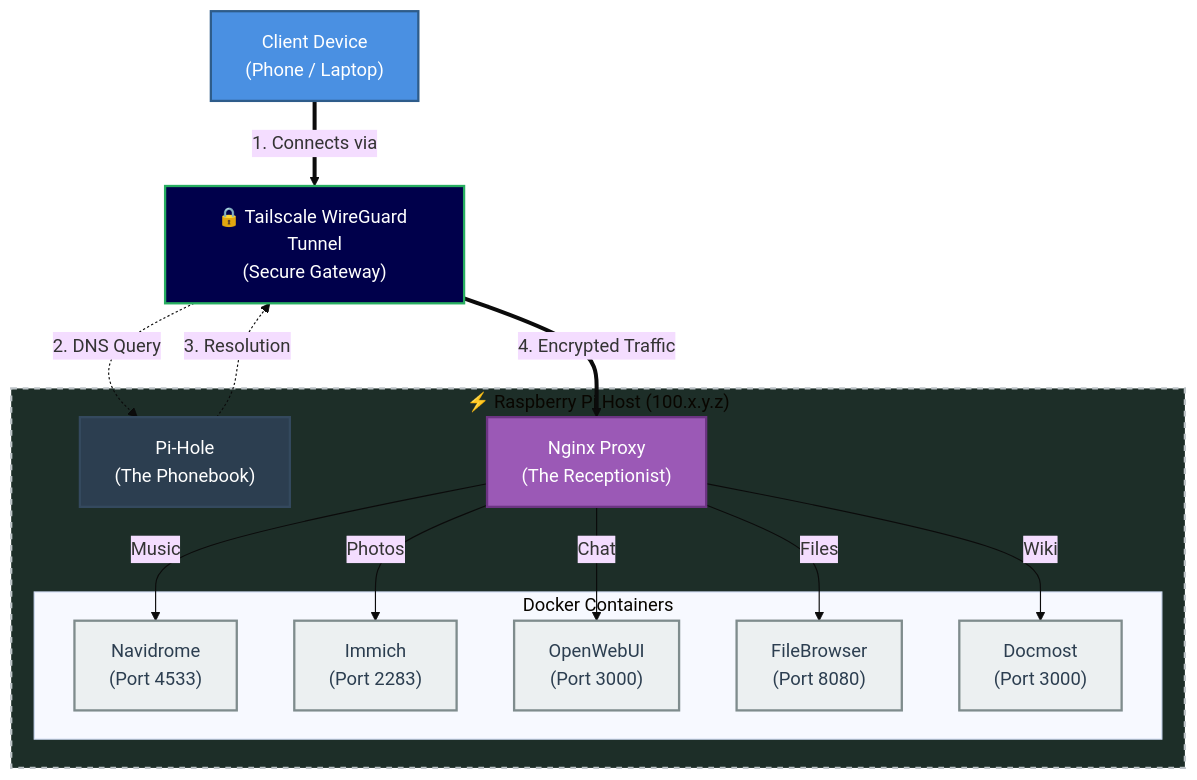
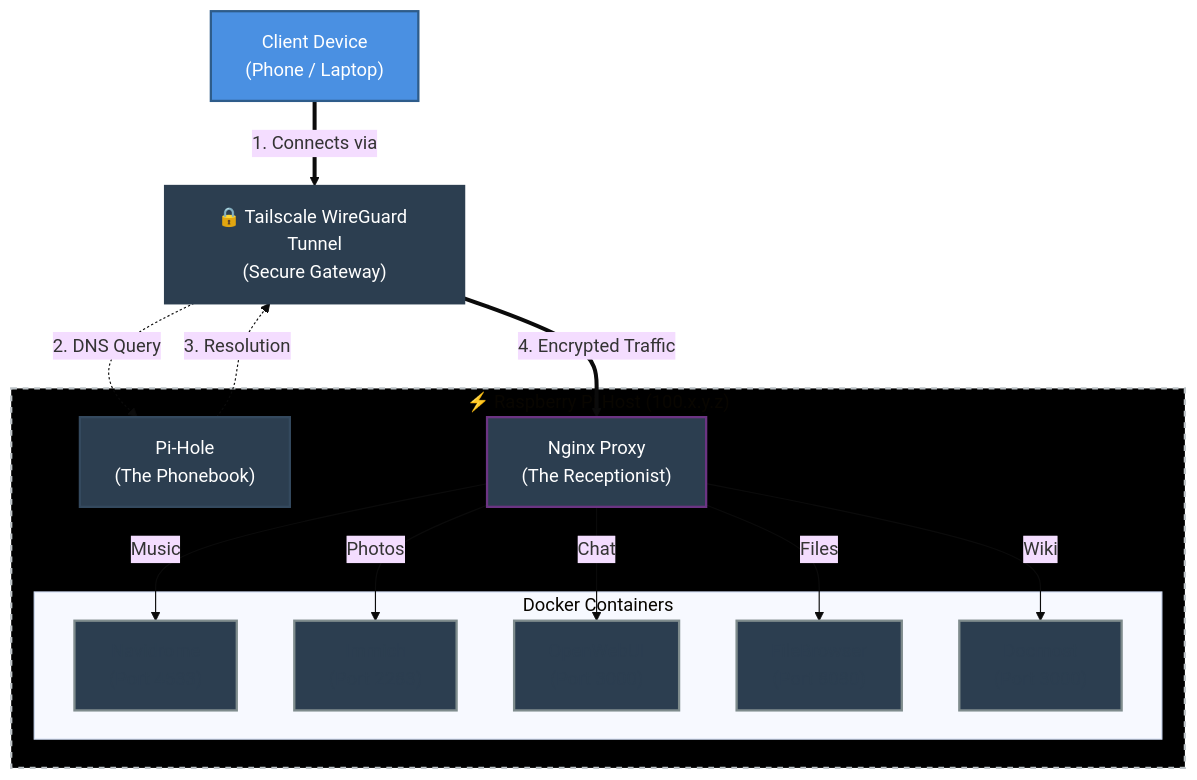
Before and after one commit to spaceadler/homelab: the diagram in README.md, drawn with Mermaid (base theme).

````diff
--- a/README.md
+++ b/README.md
@@ -55,52 +55,52 @@
 ```mermaid
 graph TD
     %% STYLING
     classDef client fill:#4A90E2,stroke:#2E5C8A,stroke-width:2px,color:#fff;
     classDef dns fill:#2C3E50,stroke:#34495E,stroke-width:2px,color:#fff;
-    classDef proxy fill:#9B59B6,stroke:#6C3483,stroke-width:2px,color:#fff;
-    classDef service fill:#ECF0F1,stroke:#7F8C8D,stroke-width:2px,color:#2C3E50;
-    classDef vpn fill:#00004B,stroke:#27AE60,stroke-width:2px,color:#fff; 
-    classDef host fill:#1D2E28,stroke:#BDC3C7,stroke-width:2px,stroke-dasharray: 5 5;
+    classDef proxy fill:#2C3E50,stroke:#6C3483,stroke-width:2px,color:#fff;
+    classDef service fill:#2C3E50,stroke:#7F8C8D,stroke-width:2px,color:#2C3E50;
+    classDef vpn fill:#2C3E50,stroke:#2C3E50,stroke-width:2px,color:#fff; 
+    classDef host fill:#000000,stroke:#BDC3C7,stroke-width:2px,stroke-dasharray: 5 5;
 
     %% NODES
     User["Client Device<br/>(Phone / Laptop)"]:::client
     
     %% THE VPN TUNNEL (The Box the phone goes through)
     VPN["🔒 Tailscale WireGuard Tunnel<br/>(Secure Gateway)"]:::vpn
 
     subgraph Host [" ⚡ Raspberry Pi Host (100.x.y.z) "]
         
         PiHole["Pi-Hole<br/>(The Phonebook)"]:::dns
         Nginx["Nginx Proxy<br/>(The Receptionist)"]:::proxy
         
         subgraph Containers [" Docker Containers "]
             Music["Navidrome<br/>(Port 4533)"]:::service
             Immich["Immich<br/>(Port 2283)"]:::service
             AI["OpenWebUI<br/>(Port 3000)"]:::service
             Files["FileBrowser<br/>(Port 8080)"]:::service
             Docs["Docmost<br/>(Port 3000)"]:::service
         end
     end
 
     %% LOGIC FLOW
     
     %% Step 1: The Secure Connection
     User ==>|"1. Connects via"| VPN
 
     %% Step 2: DNS (Through the Tunnel)
     VPN -.->|"2. DNS Query"| PiHole
     PiHole -.->|"3. Resolution"| VPN
 
     %% Step 3: Traffic (Through the Tunnel to Nginx)
     VPN ==>|"4. Encrypted Traffic"| Nginx
 
     %% Step 4: Internal Routing
     Nginx -->|"Music"| Music
     Nginx -->|"Photos"| Immich
     Nginx -->|"Chat"| AI
     Nginx -->|"Files"| Files
     Nginx -->|"Wiki"| Docs
 
     %% Style the Host box
     class Host host;
 ```
````
